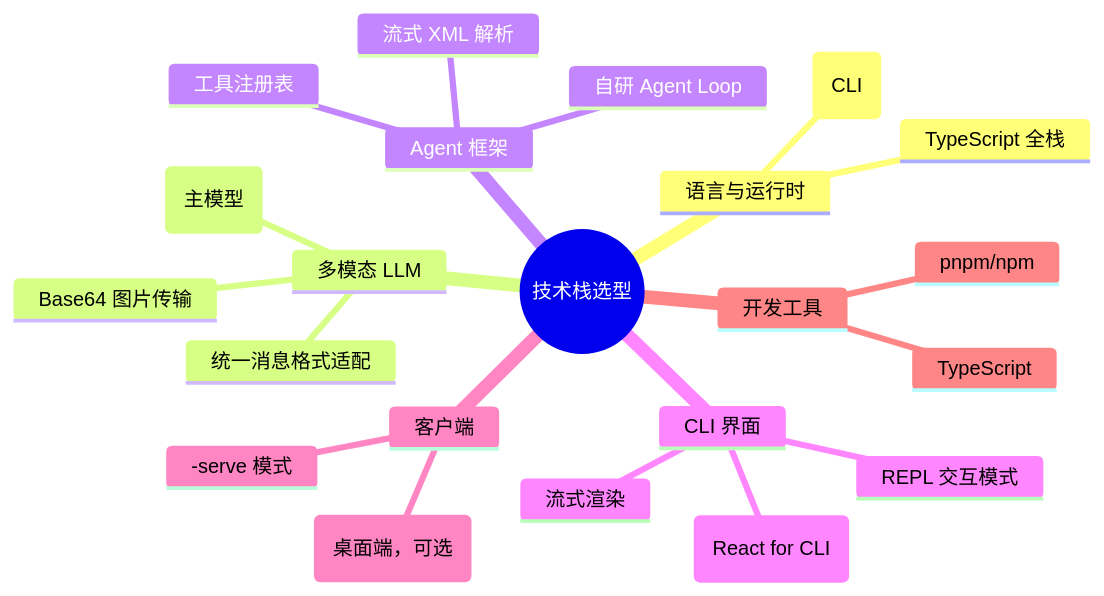
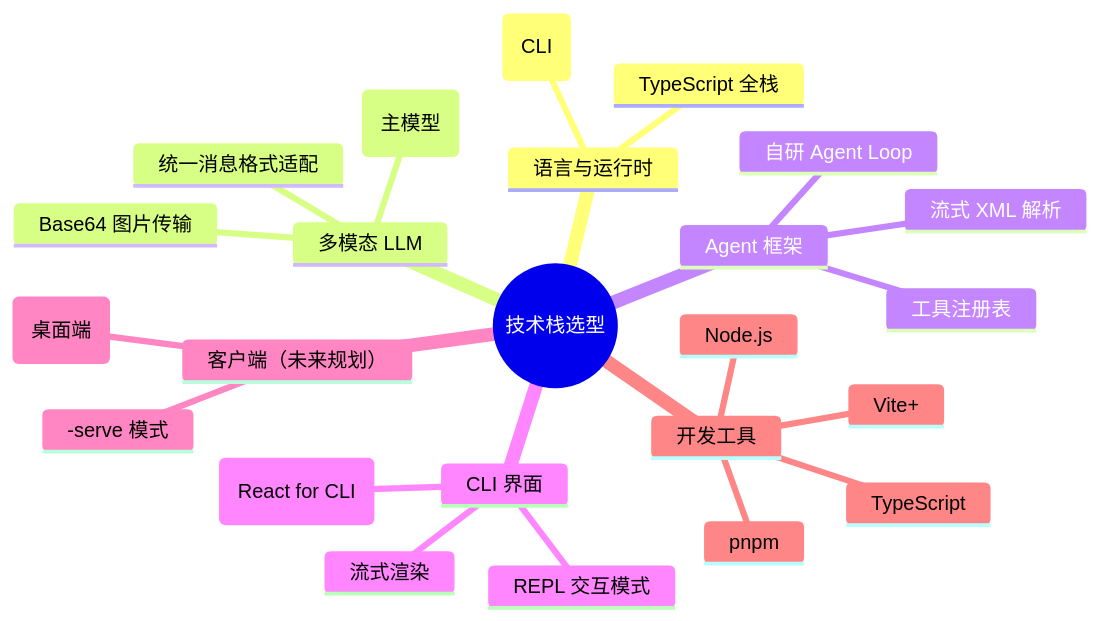
Before and after one commit to Woisol/yaCA: the first of 3 diagrams in project/docs/design/05-04.md, drawn with Mermaid. The commit also changed other lines of this file and 1 other file, not shown here.

````diff
--- a/project/docs/design/05-04.md
+++ b/project/docs/design/05-04.md
@@ -16,25 +16,27 @@
 ```mermaid
 mindmap
   root((技术栈选型))
     语言与运行时
       TypeScript 全栈
       Node.js (CLI)
     多模态 LLM
       Qwen2.5-VL (主模型)
       Base64 图片传输
       统一消息格式适配
     Agent 框架
       自研 Agent Loop
       流式 XML 解析
       工具注册表
     CLI 界面
       Ink.js (React for CLI)
       REPL 交互模式
       流式渲染
-    客户端
-      Tauri (桌面端，可选)
+    客户端（未来规划）
+      Tauri (桌面端)
       Web 页面 (--serve 模式)
     开发工具
-      pnpm/npm
+      pnpm
       TypeScript
+      Node.js
+      Vite+
 ```
````
